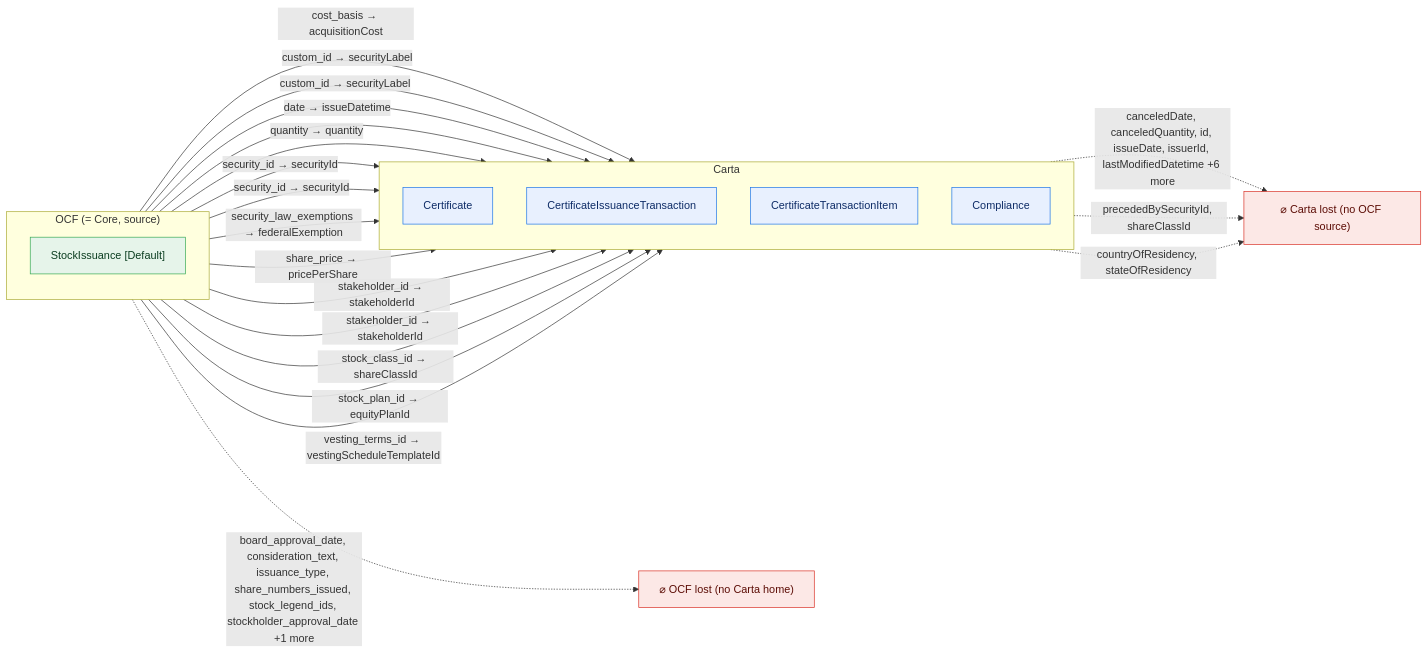
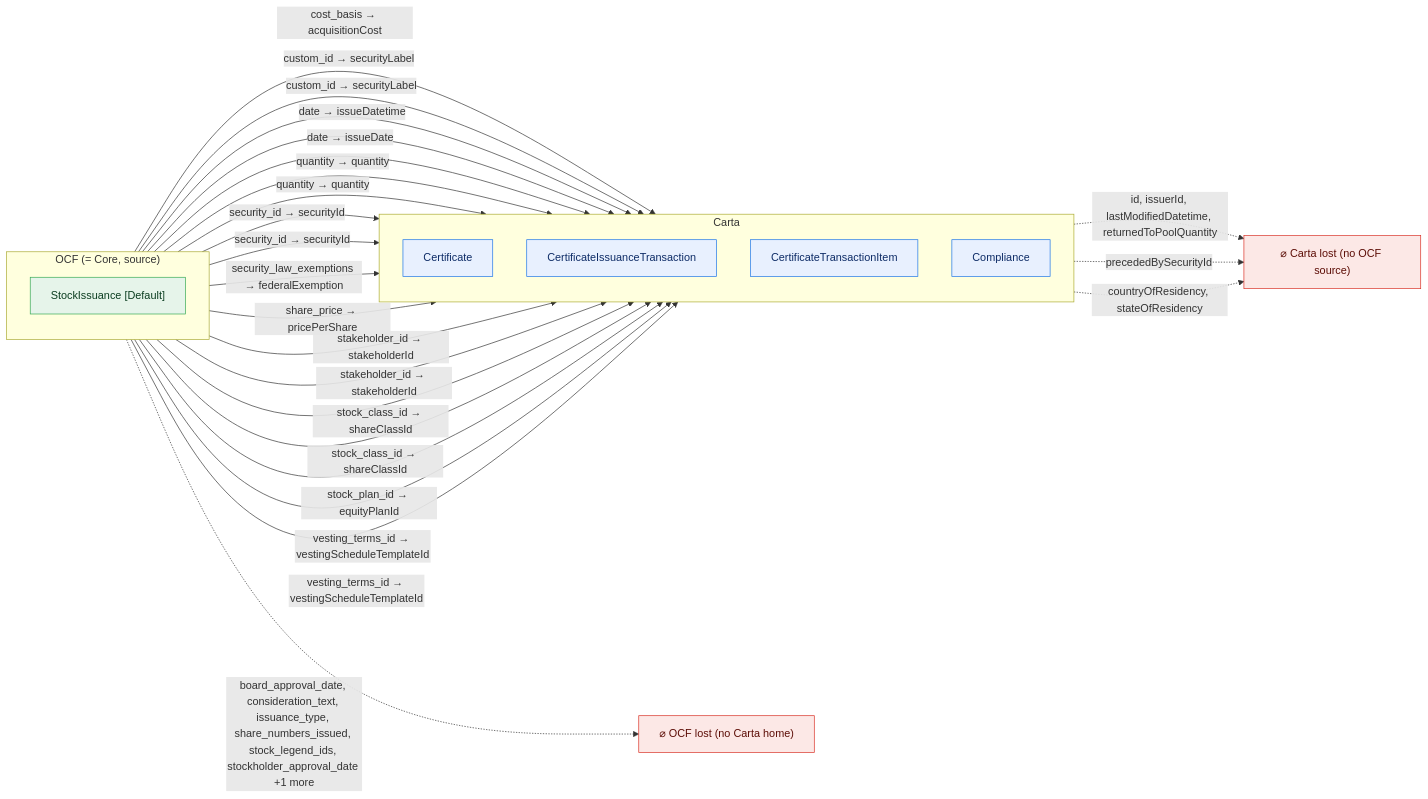
One commit to Open-Cap-Table-Coalition/OCF-Composed-Schemas changed the fifth of 50 diagrams in docs/core-bidirectional-flow.md. Above: the diagram before and after it, drawn with Mermaid. The commit also changed other lines of this file and 33 other files, not shown here.

````diff
--- a/docs/core-bidirectional-flow.md
+++ b/docs/core-bidirectional-flow.md
@@ -289,38 +307,42 @@
 ```mermaid
 flowchart LR
   classDef adm fill:#e6f4ea,stroke:#34a853,color:#0b3d20;
   classDef notadm fill:#f1f3f4,stroke:#9aa0a6,color:#5f6368,stroke-dasharray:4 3;
   classDef carta fill:#e8f0fe,stroke:#1a73e8,color:#0d2b66;
   classDef lost fill:#fce8e6,stroke:#d93025,color:#5c0d06;
   subgraph SRC["OCF (= Core, source)"]
     direction TB
     o0["StockIssuance [Default]"]:::adm
   end
   subgraph TGT["Carta"]
     direction TB
     t0["Certificate"]:::carta
     t1["CertificateIssuanceTransaction"]:::carta
     t2["CertificateTransactionItem"]:::carta
     t3["Compliance"]:::carta
   end
   ocflost["⌀ OCF lost (no Carta home)"]:::lost
   cartalost["⌀ Carta lost (no OCF source)"]:::lost
   o0 -->|"cost_basis → acquisitionCost"| t1
   o0 -->|"custom_id → securityLabel"| t2
   o0 -->|"custom_id → securityLabel"| t0
   o0 -->|"date → issueDatetime"| t1
+  o0 -->|"date → issueDate"| t0
   o0 -->|"quantity → quantity"| t1
+  o0 -->|"quantity → quantity"| t0
   o0 -->|"security_id → securityId"| t2
   o0 -->|"security_id → securityId"| t0
   o0 -->|"security_law_exemptions → federalExemption"| t3
   o0 -->|"share_price → pricePerShare"| t0
   o0 -->|"stakeholder_id → stakeholderId"| t2
   o0 -->|"stakeholder_id → stakeholderId"| t0
+  o0 -->|"stock_class_id → shareClassId"| t1
   o0 -->|"stock_class_id → shareClassId"| t0
   o0 -->|"stock_plan_id → equityPlanId"| t1
   o0 -->|"vesting_terms_id → vestingScheduleTemplateId"| t1
+  o0 -->|"vesting_terms_id → vestingScheduleTemplateId"| t0
   o0 -.->|"board_approval_date, consideration_text, issuance_type, share_numbers_issued, stock_legend_ids, stockholder_approval_date +1 more"| ocflost
-  t0 -.->|"canceledDate, canceledQuantity, id, issueDate, issuerId, lastModifiedDatetime +6 more"| cartalost
-  t1 -.->|"precededBySecurityId, shareClassId"| cartalost
+  t0 -.->|"id, issuerId, lastModifiedDatetime, returnedToPoolQuantity"| cartalost
+  t1 -.->|"precededBySecurityId"| cartalost
   t3 -.->|"countryOfResidency, stateOfResidency"| cartalost
 ```
````
